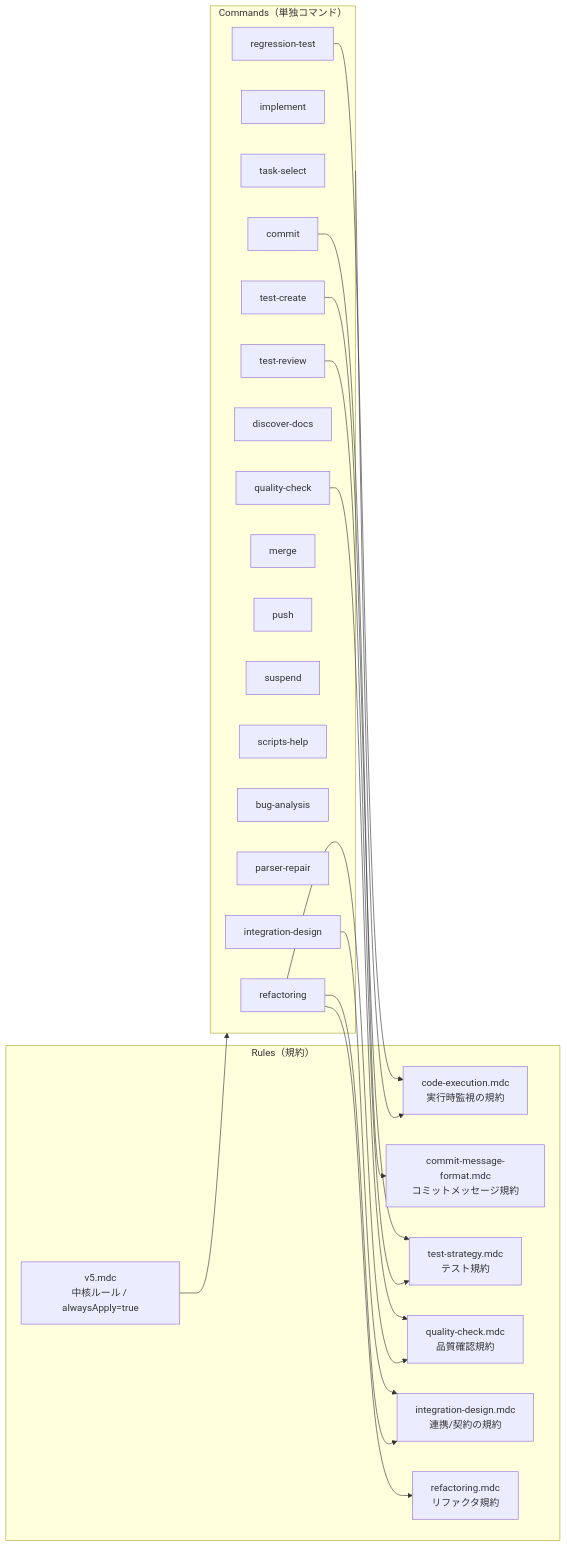
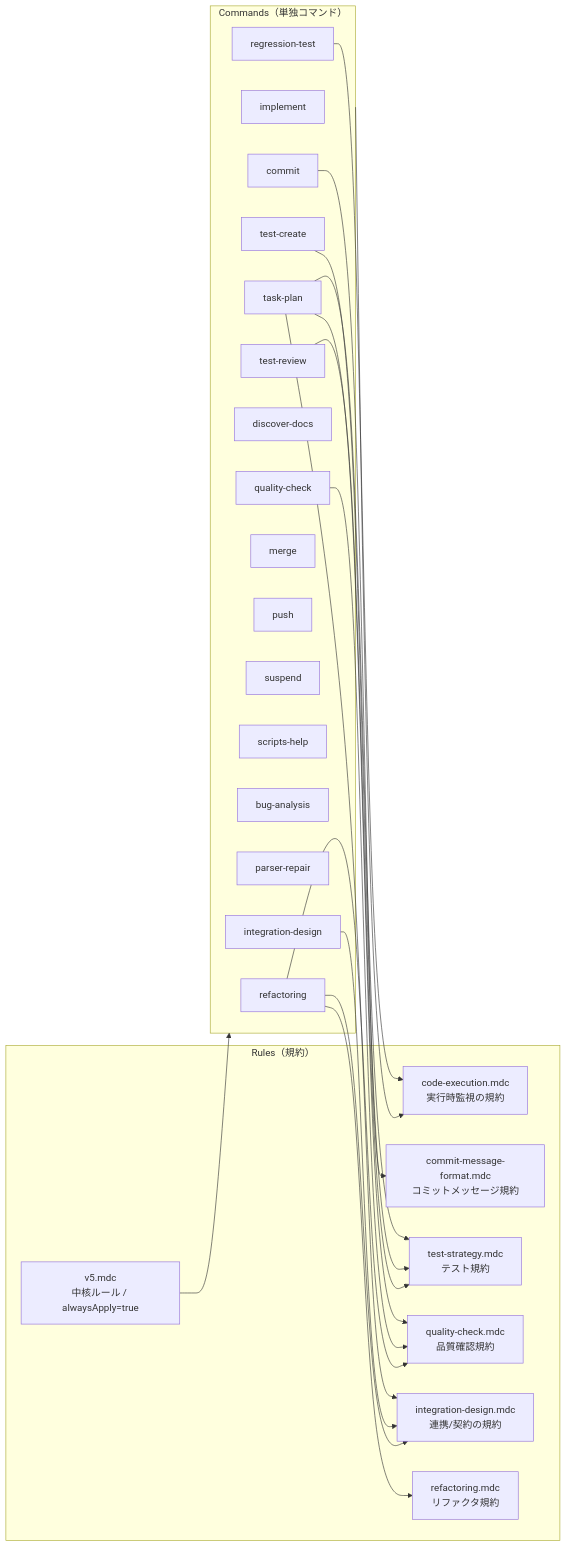
The diagram in docs/CURSOR_RULES_COMMANDS.md (k-shibuki/lyra), drawn with Mermaid before and after one commit. The commit also changed other lines of this file and 10 other files, not shown here.

First line of the commit message:
chore: rename task-select to task-plan and update commands for hybrid mode

````diff
--- a/docs/CURSOR_RULES_COMMANDS.md
+++ b/docs/CURSOR_RULES_COMMANDS.md
@@ -14,48 +14,51 @@
 ```mermaid
 flowchart LR
   %% ========== Layers ==========
   subgraph Rules[Rules（規約）]
     v5[v5.mdc<br/>中核ルール / alwaysApply=true]
     ce[code-execution.mdc<br/>実行時監視の規約]
     cm[commit-message-format.mdc<br/>コミットメッセージ規約]
     ts[test-strategy.mdc<br/>テスト規約]
     qc[quality-check.mdc<br/>品質確認規約]
     id[integration-design.mdc<br/>連携/契約の規約]
     rf[refactoring.mdc<br/>リファクタ規約]
   end
 
   subgraph CMD[Commands（単独コマンド）]
-    taskSel[task-select]
+    taskPlan[task-plan]
     impl[implement]
     tc[test-create]
     tr[test-review]
     qcc[quality-check]
     rt[regression-test]
     docsDisc[discover-docs]
     commit[commit]
     mc[merge]
     push[push]
     susp[suspend]
     sh[scripts-help]
 
     bug[bug-analysis]
     pr[parser-repair]
     integ[integration-design]
     ref[refactoring]
   end
 
   %% ========== Global ==========
   v5 --> CMD
 
   %% ========== Command -> rules ==========
   CMD --> ce
+  taskPlan --> ts
+  taskPlan --> id
+  taskPlan --> qc
   qcc --> qc
   rt --> ce
   commit --> cm
   tc --> ts
   tr --> ts
   integ --> id
   ref --> rf
   ref --> qc
   ref --> id
 ```
````
